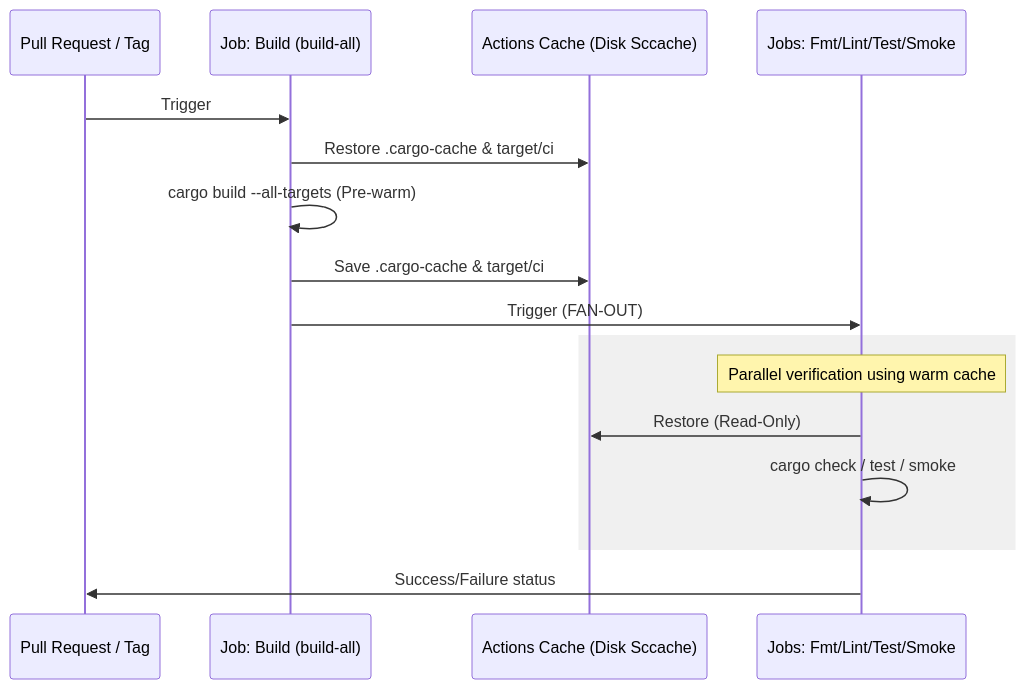
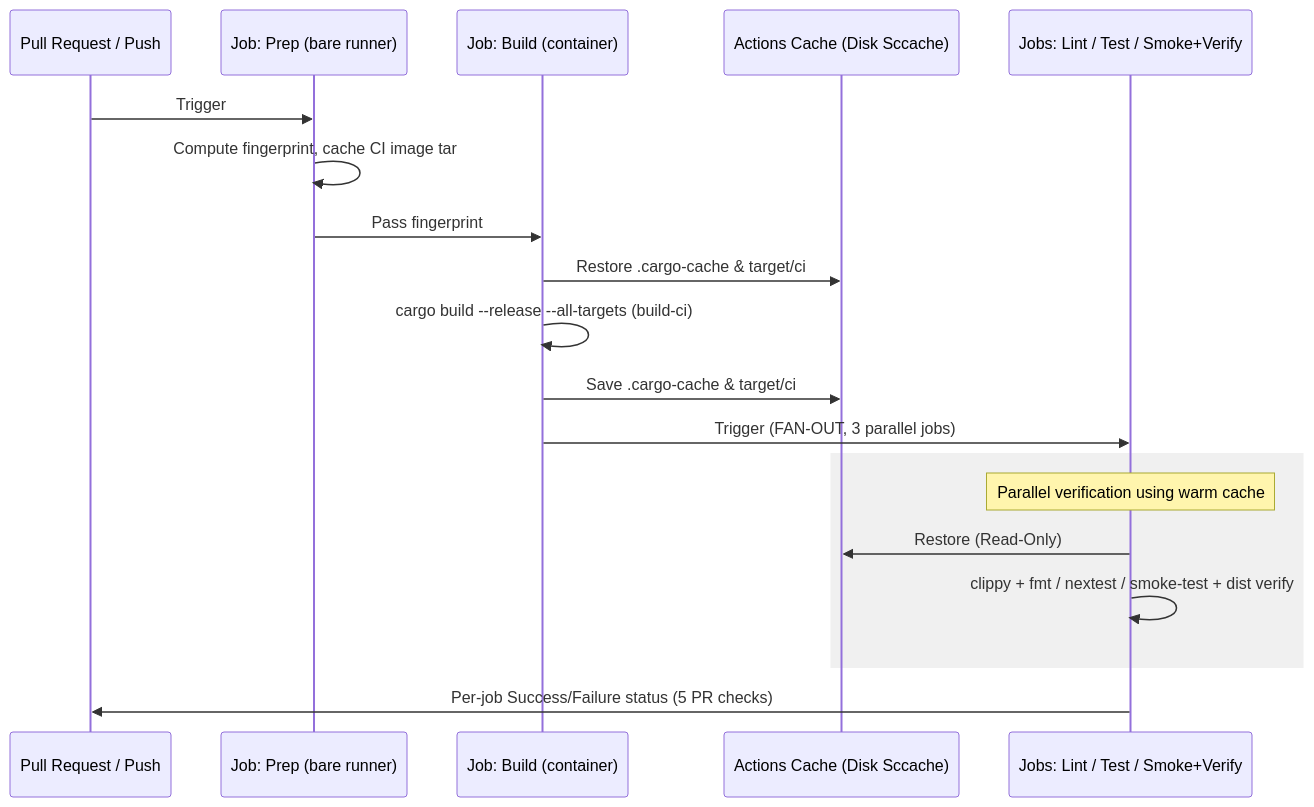
One commit to softmentor/kroki-rs changed the first of 2 diagrams in docs/developer-guide/04-infrastructure/automation.md. Above: the diagram before and after it, drawn with Mermaid. The commit also changed other lines of this file and 4 other files, not shown here.

First line of the commit message:
ci: optimize cargo cache with 5-job container pipeline

````diff
--- a/docs/developer-guide/04-infrastructure/automation.md
+++ b/docs/developer-guide/04-infrastructure/automation.md
@@ -24,21 +24,25 @@
 ```mermaid
 sequenceDiagram
-    participant PR as Pull Request / Tag
-    participant Build as Job: Build (build-all)
+    participant PR as Pull Request / Push
+    participant Prep as Job: Prep (bare runner)
+    participant Build as Job: Build (container)
     participant Cache as Actions Cache (Disk Sccache)
-    participant Parallel as Jobs: Fmt/Lint/Test/Smoke
+    participant Verify as Jobs: Lint / Test / Smoke+Verify
 
-    PR->>Build: Trigger
+    PR->>Prep: Trigger
+    Prep->>Prep: Compute fingerprint, cache CI image tar
+    Prep->>Build: Pass fingerprint
+
     Build->>Cache: Restore .cargo-cache & target/ci
-    Build->>Build: cargo build --all-targets (Pre-warm)
+    Build->>Build: cargo build --release --all-targets (build-ci)
     Build->>Cache: Save .cargo-cache & target/ci
-    Build->>Parallel: Trigger (FAN-OUT)
-    
+    Build->>Verify: Trigger (FAN-OUT, 3 parallel jobs)
+
     rect rgb(240, 240, 240)
-    Note over Parallel: Parallel verification using warm cache
-    Parallel->>Cache: Restore (Read-Only)
-    Parallel->>Parallel: cargo check / test / smoke
+    Note over Verify: Parallel verification using warm cache
+    Verify->>Cache: Restore (Read-Only)
+    Verify->>Verify: clippy + fmt / nextest / smoke-test + dist verify
     end
-    
-    Parallel->>PR: Success/Failure status
+
+    Verify->>PR: Per-job Success/Failure status (5 PR checks)
 ```
````
